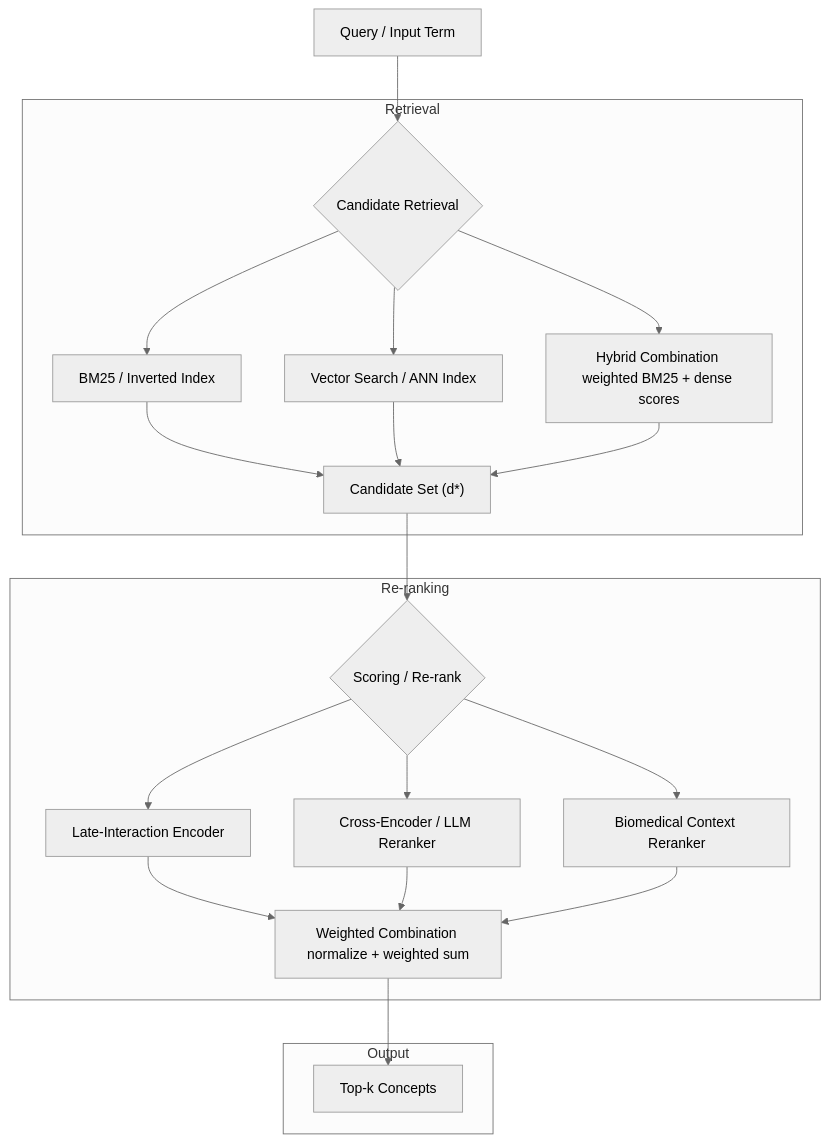
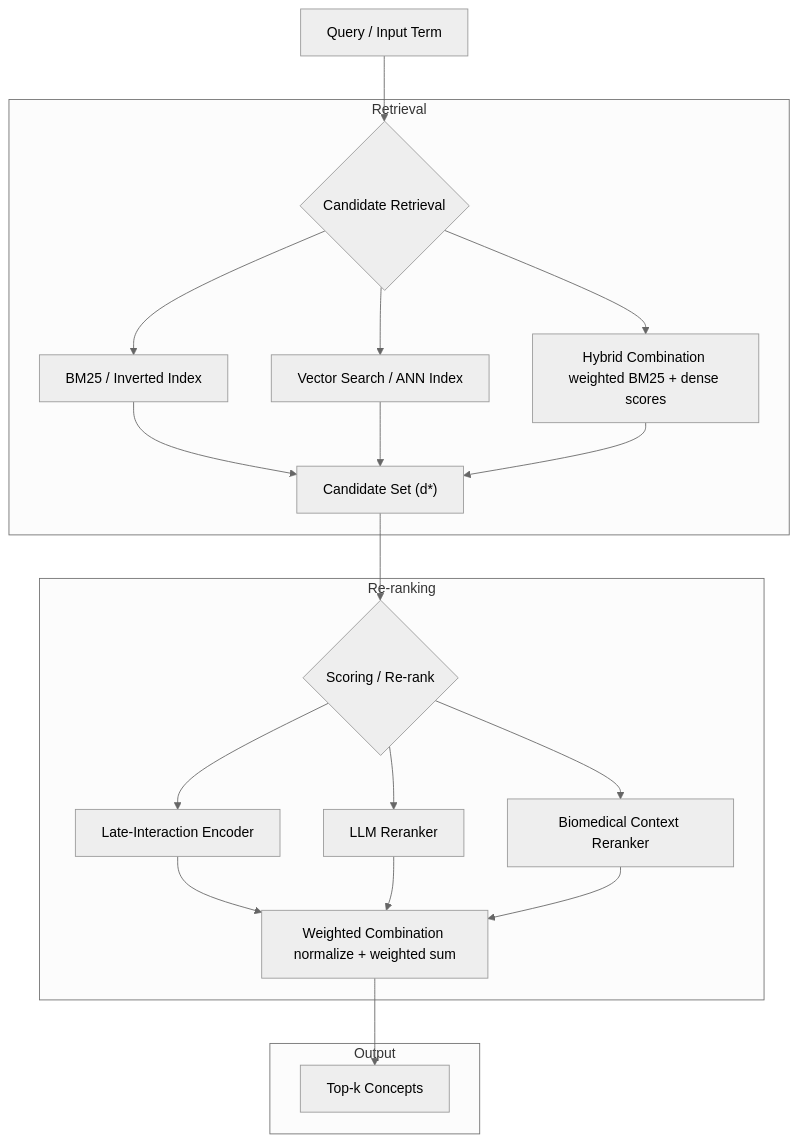
One commit to sensein/search_hybrid changed the diagram in readme.md. Above: the diagram before and after it, drawn with Mermaid (neutral theme).

Commit message:
removed "Cross-Encoder" as we're not using

````diff
--- a/readme.md
+++ b/readme.md
@@ -43,31 +43,31 @@
 ```mermaid
 flowchart TB
  subgraph R1["Retrieval"]
         B{"Candidate Retrieval"}
         C1["BM25 / Inverted Index"]
         C2["Vector Search / ANN Index"]
         HC["Hybrid Combination <br>weighted BM25 + dense scores"]
         D["Candidate Set (d*)"]
   end
  subgraph R2["Re-ranking"]
         G{"Scoring / Re-rank"}
         H1["Late-Interaction Encoder"]
-        H2["Cross-Encoder / LLM Reranker"]
+        H2["LLM Reranker"]
         H3["Biomedical Context Reranker"]
         WC["Weighted Combination normalize + weighted sum"]
   end
  subgraph R3["Output"]
         J["Top-k Concepts"]
   end
     A["Query / Input Term"] --> B
     B --> C1 & C2 & HC
     C1 --> D
     C2 --> D
     HC --> D
     D --> G
     G --> H1 & H2 & H3
     H1 --> WC
     H2 --> WC
     H3 --> WC
     WC --> J
 ```
````
